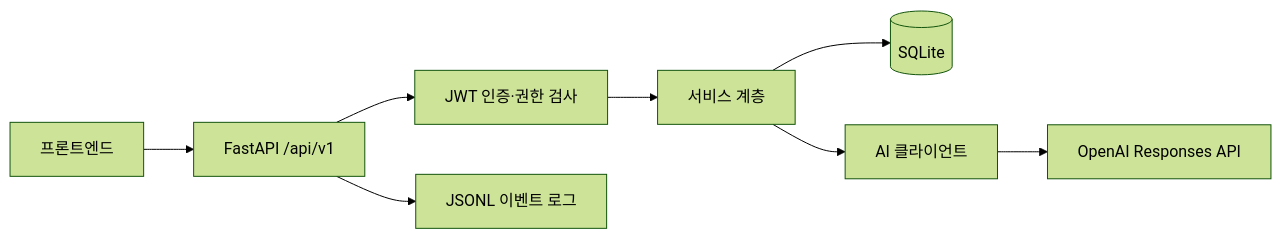
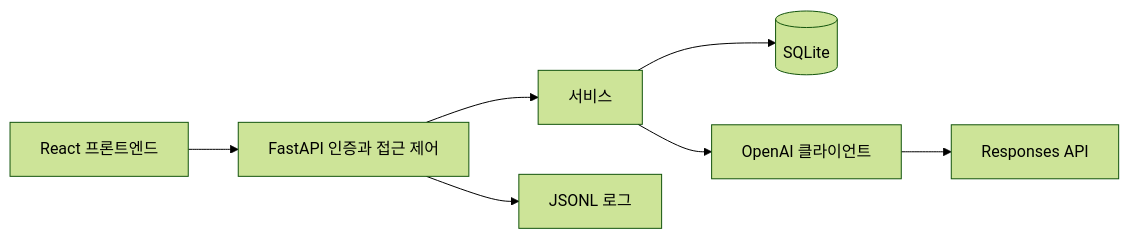
The diagram in README.md (myy-dev/be-B7-1), drawn with Mermaid (forest theme) before and after one commit. The commit also changed other lines of this file and 15 other files, not shown here.

````diff
--- a/README.md
+++ b/README.md
@@ -7,10 +20,9 @@
 ```mermaid
 flowchart LR
-    Web[프론트엔드] --> API[FastAPI /api/v1]
-    API --> Auth[JWT 인증·권한 검사]
-    Auth --> Service[서비스 계층]
+    Web[React 프론트엔드] --> API[FastAPI 인증과 접근 제어]
+    API --> Service[서비스]
     Service --> DB[(SQLite)]
-    Service --> AI[AI 클라이언트]
-    AI --> OpenAI[OpenAI Responses API]
-    API --> Logs[JSONL 이벤트 로그]
+    Service --> AI[OpenAI 클라이언트]
+    AI --> OpenAI[Responses API]
+    API --> Logs[JSONL 로그]
 ```
````
